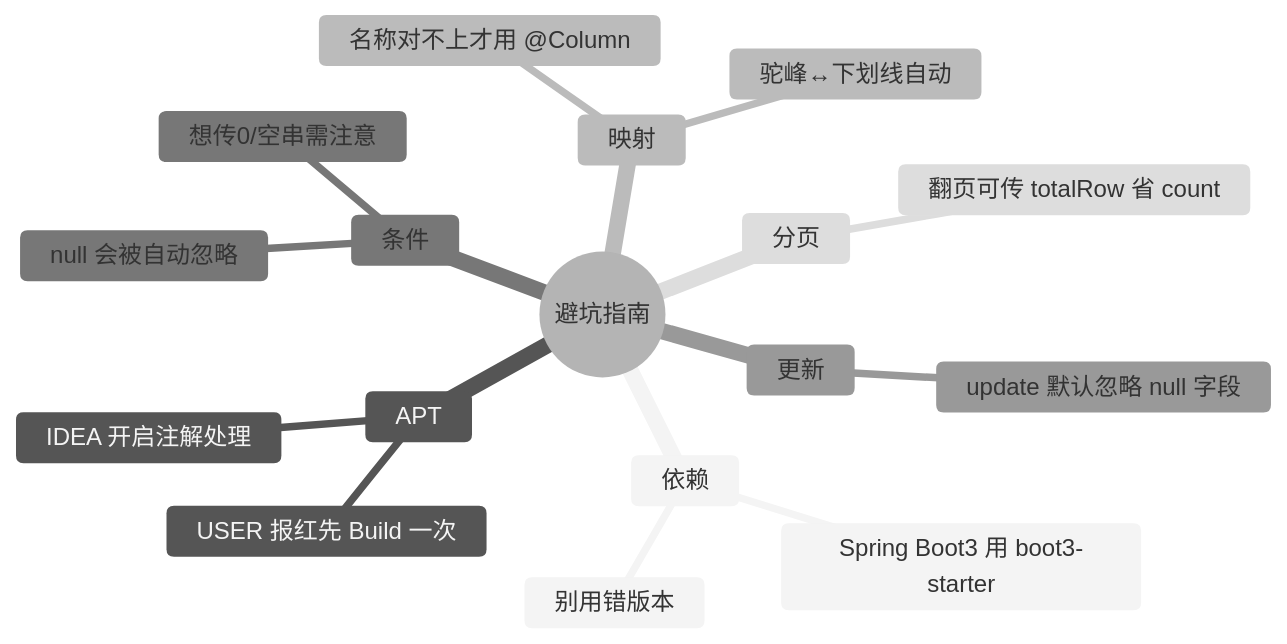
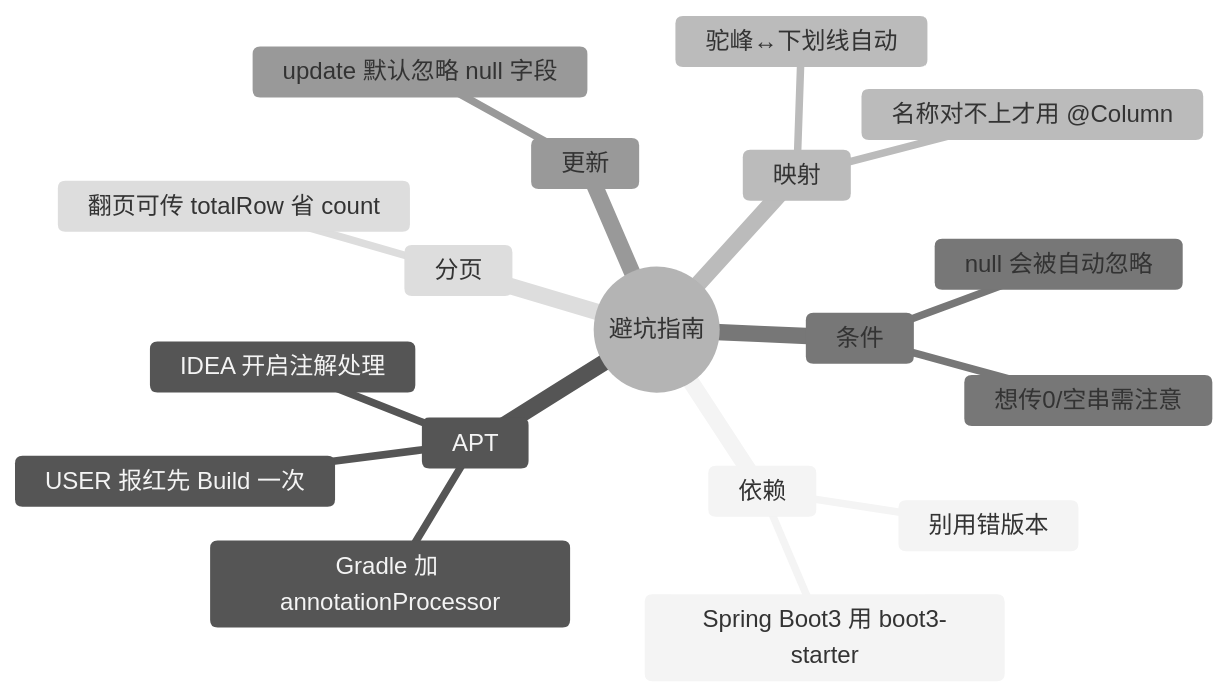
Before and after one commit to zerioo1970/summary: diagram 16 of 17 in spring-boot-3.5-学习资料/07-数据访问-MyBatisFlex.md, drawn with Mermaid (neutral theme). The commit also changed other lines of this file and 6 other files, not shown here.

````diff
--- a/spring-boot-3.5-学习资料/07-数据访问-MyBatisFlex.md
+++ b/spring-boot-3.5-学习资料/07-数据访问-MyBatisFlex.md
@@ -1066,20 +1063,21 @@
 ```mermaid
 mindmap
   root((避坑指南))
     依赖
       Spring Boot3 用 boot3-starter
       别用错版本
     APT
       USER 报红先 Build 一次
+      Gradle 加 annotationProcessor
       IDEA 开启注解处理
     映射
       驼峰↔下划线自动
       名称对不上才用 @Column
     条件
       null 会被自动忽略
       想传0/空串需注意
     更新
       update 默认忽略 null 字段
     分页
       翻页可传 totalRow 省 count
 ```
````
